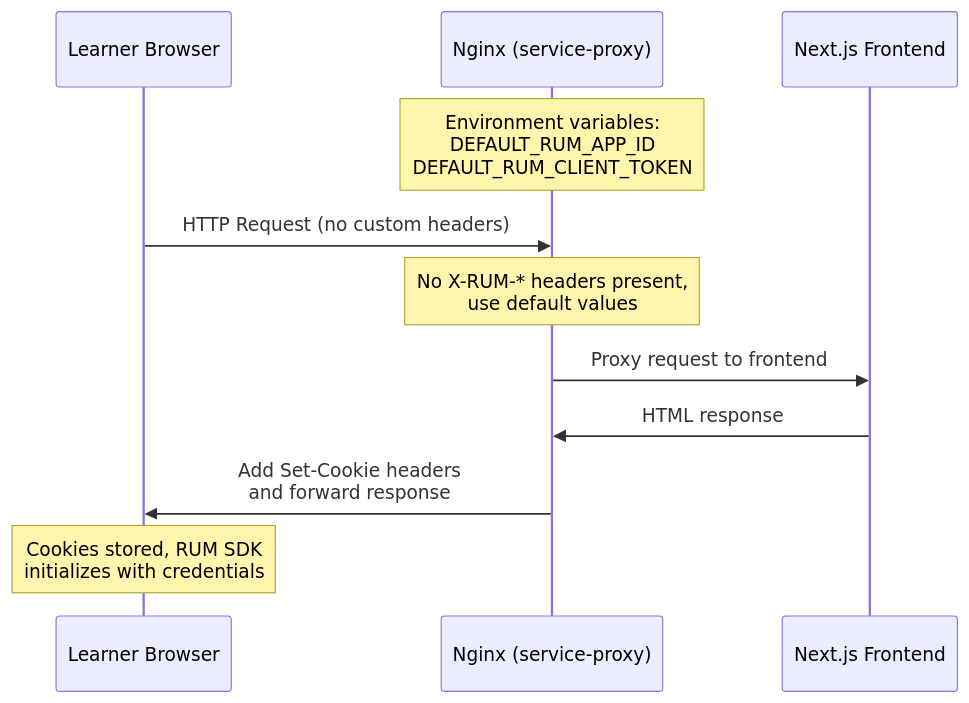
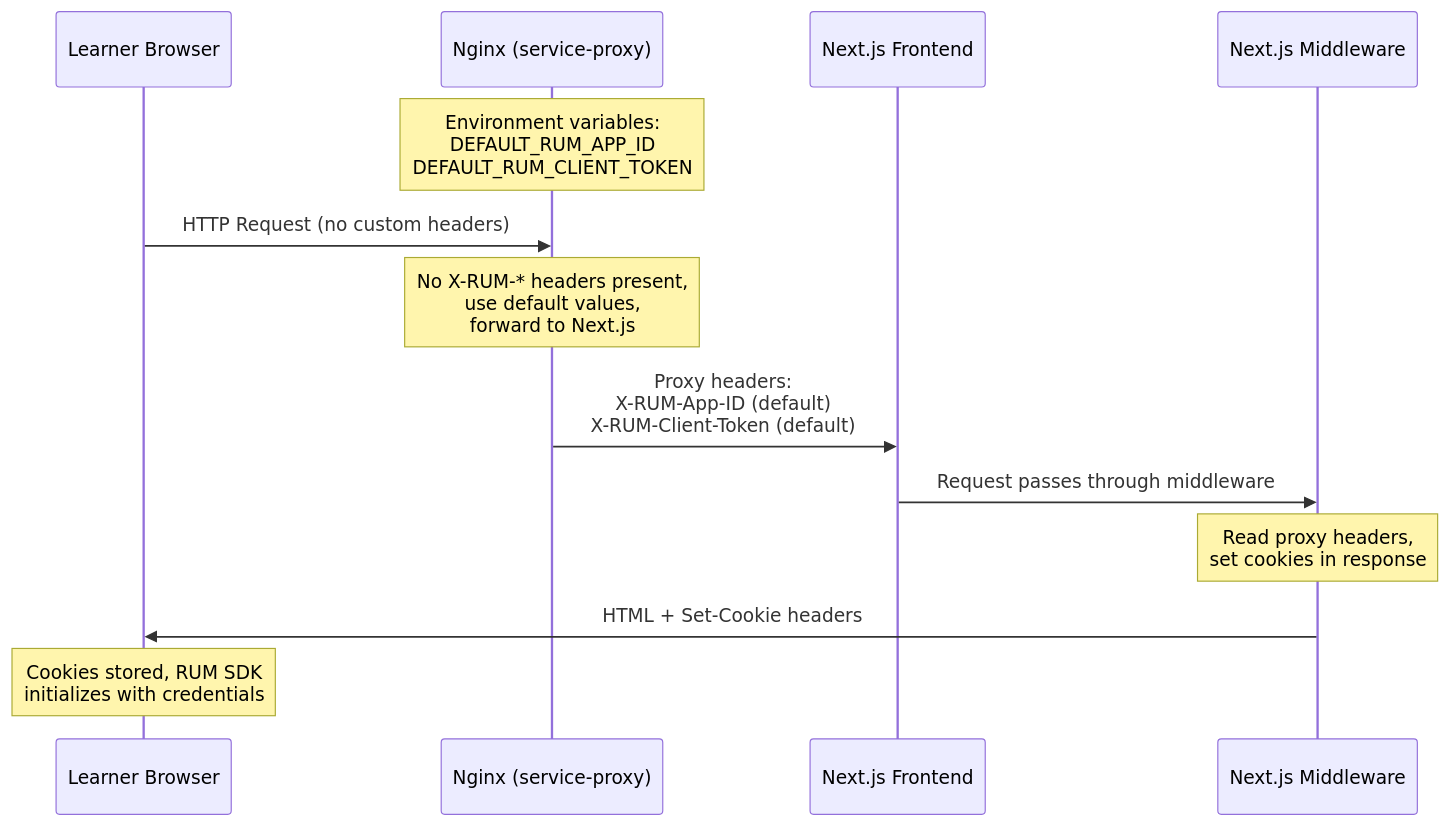
One commit to DataDog/storedog changed the second of 2 diagrams in README.md. Above: the diagram before and after it, drawn with Mermaid. The commit also changed other lines of this file and 2 other files, not shown here.

First line of the commit message:
Update README files to clarify RUM credential routing and middleware functionality

````diff
--- a/README.md
+++ b/README.md
@@ -51,19 +54,22 @@
 ```mermaid
 sequenceDiagram
     participant Browser as Learner Browser
     participant Nginx as Nginx (service-proxy)
     participant NextJS as Next.js Frontend
+    participant Middleware as Next.js Middleware
 
     Note over Nginx: Environment variables:<br/>DEFAULT_RUM_APP_ID<br/>DEFAULT_RUM_CLIENT_TOKEN
     
     Browser->>Nginx: HTTP Request (no custom headers)
     
-    Note over Nginx: No X-RUM-* headers present,<br/>use default values
+    Note over Nginx: No X-RUM-* headers present,<br/>use default values,<br/>forward to Next.js
     
-    Nginx->>NextJS: Proxy request to frontend
-    NextJS->>Nginx: HTML response
+    Nginx->>NextJS: Proxy headers:<br/>X-RUM-App-ID (default)<br/>X-RUM-Client-Token (default)
+    NextJS->>Middleware: Request passes through middleware
     
-    Nginx->>Browser: Add Set-Cookie headers<br/>and forward response
+    Note over Middleware: Read proxy headers,<br/>set cookies in response
+    
+    Middleware->>Browser: HTML + Set-Cookie headers
     
     Note over Browser: Cookies stored, RUM SDK<br/>initializes with credentials
 ```
````
